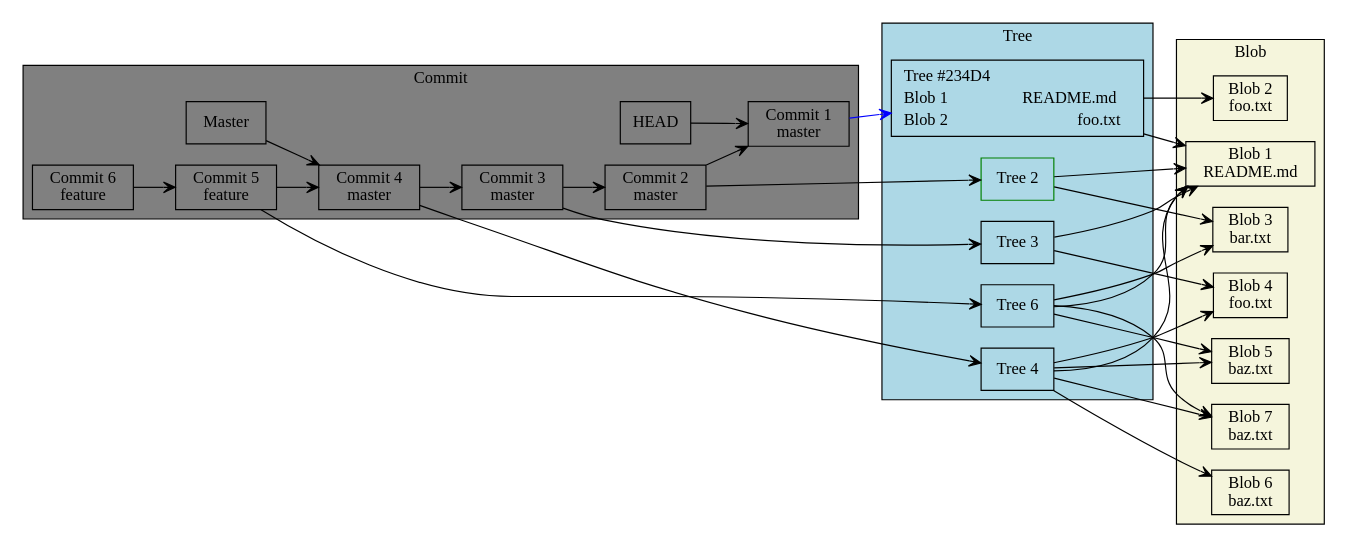
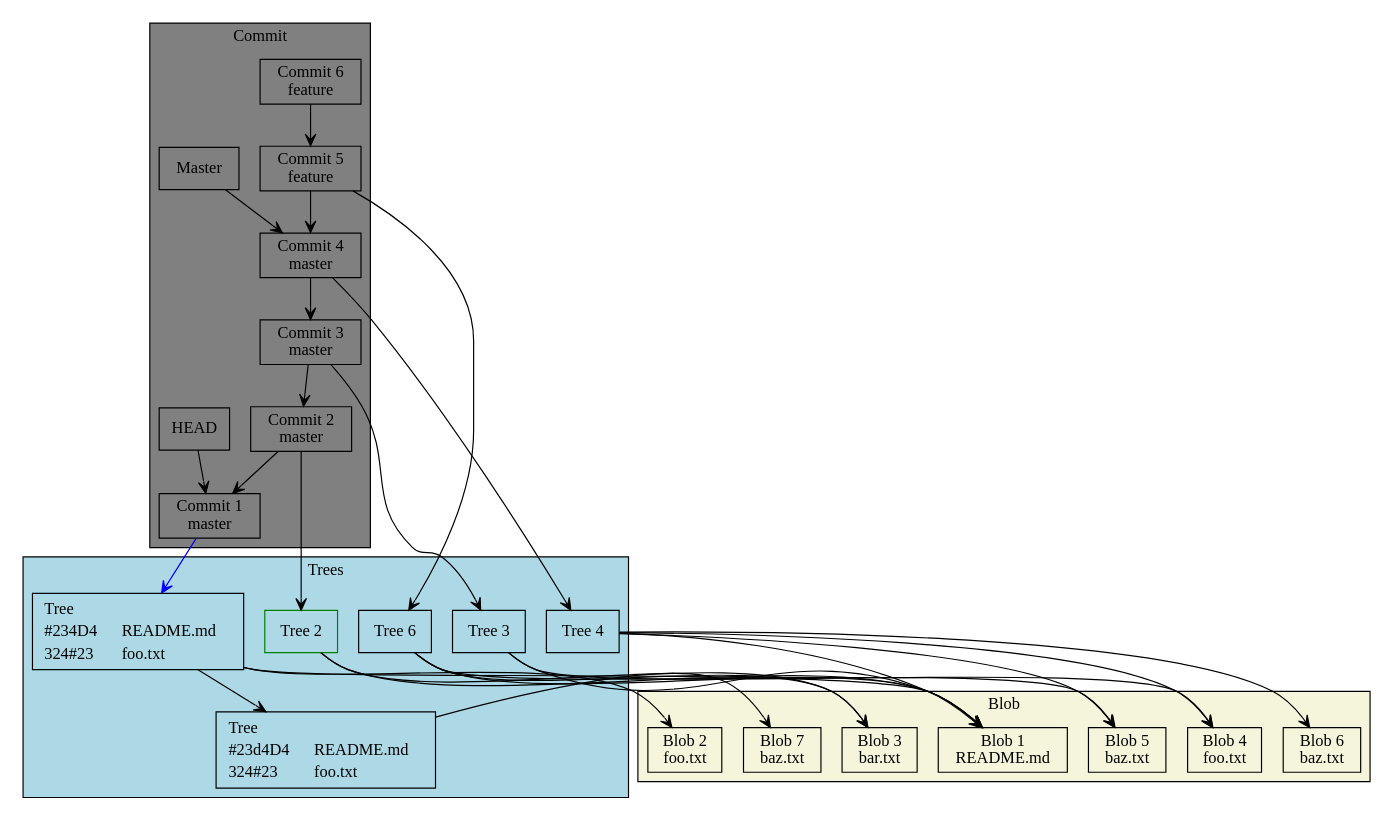
One commit to troflog/git_blob_graph changed the diagram in test.dot. Above: the diagram before and after it, drawn with Graphviz. The commit also changed 5 other files, not shown here.

```diff
--- a/test.dot
+++ b/test.dot
@@ -1,94 +1,115 @@
 digraph git {
-  rankdir=LR;
+  #rankdir=LR;
   node [shape=box];
   edge [arrowhead=vee];
 
   // Subgraphs
   subgraph cluster_commit {
-    label = "Commit";
+    label = "Commit";   
     fillcolor = grey;
     style = filled;    
     C1 [label="Commit 1\nmaster"]
     C2 [label="Commit 2\nmaster"]
     C3 [label="Commit 3\nmaster"]
     C4 [label="Commit 4\nmaster"]
     C5 [label="Commit 5\nfeature"]
     C6 [label="Commit 6\nfeature"]
     H[label="HEAD"];
     M[label="Master"];   
   }
 
   subgraph cluster_tree {
-    label = "Tree";
+    label = "Trees";
     fillcolor = lightblue
     style = filled
-    T1 [label=<  
-    <TABLE BORDER="0" CELLSPACING="0" >
-      <TR>
-        <TD ALIGN="LEFT">Tree #234D4</TD>
-      </TR>
-      <TR>
-        <TD ALIGN="LEFT" >Blob 1</TD>
-        <TD ALIGN="RIGHT" >README.md</TD>
-      </TR>
-      <TR>
-        <TD ALIGN="LEFT" BGCOLOR="lightblue">Blob 2</TD>
-        <TD ALIGN="RIGHT" >foo.txt</TD>
-      </TR>
-     
-    </TABLE>
-  >,color =black ];
+  
     T2 [label="Tree 2" color=green];
     T3 [label="Tree 3"];
     T4 [label="Tree 4"];
     T5 [label="Tree 5"];
     T5 [label="Tree 6"];
+    subgraph tree6 {
+        T1 [label=<  
+    <TABLE BORDER="0" CELLSPACING="0" >
+      <TR>
+        <TD ALIGN="LEFT">Tree </TD>
+      </TR>
+      <TR>
+        <TD ALIGN="LEFT" >#234D4</TD>
+        <TD ALIGN="left" >README.md</TD>
+      </TR>
+      <TR>
+        <TD ALIGN="LEFT"> 324#23</TD>
+        <TD ALIGN="left" >foo.txt</TD>
+      </TR>
+     
+    </TABLE>
 
+   
+  >,color =black ];
+      T6 [label=<  
+      <TABLE BORDER="0" CELLSPACING="0" >
+        <TR>
+          <TD ALIGN="LEFT">Tree </TD>
+        </TR>
+        <TR>
+          <TD ALIGN="LEFT" >#23d4D4</TD>
+          <TD ALIGN="left" >README.md</TD>
+        </TR>
+        <TR>
+          <TD ALIGN="LEFT"> 324#23</TD>
+          <TD ALIGN="left" >foo.txt</TD>
+        </TR>
+      
+      </TABLE>
+    >,color =black ];
+    }
   
   }
 
   subgraph cluster_blob {
     label = "Blob";
     fillcolor = beige;
     style = filled;
     B1 [label="Blob 1\nREADME.md"];
     B2 [label="Blob 2\nfoo.txt"];
     B3 [label="Blob 3\nbar.txt"];
     B4 [label="Blob 4\nfoo.txt"];
     B5 [label="Blob 5\nbaz.txt"];
     B6 [label="Blob 6\nbaz.txt"];
     B7 [label="Blob 7\nbaz.txt"];
   }
 
   // Edges
   C1 -> T1 [color = "blue"];
   C2 -> T2;
   C3 -> T3;
   C4 -> T4;
   C5 -> T5;
 
   T1 -> B1;
+  T1 -> T6;
   T1 -> B2;
   T2 -> B1;
   T2 -> B3;
   T3 -> B1;
   T3 -> B4;
   T4 -> B1;
   T4 -> B4;
   T4 -> B5;
   T5 -> B1;
   T5 -> B3;
   T5 -> B5;
   T4 -> B6;
-  T4 -> B7;
-  T5 -> B7;
+  T6 -> B7;
+  
 
   H -> C1
 
   M -> C4
   C2 -> C1;
   C3 -> C2;
   C4 -> C3;
   C5 -> C4;
   C6 -> C5;
 }
```
